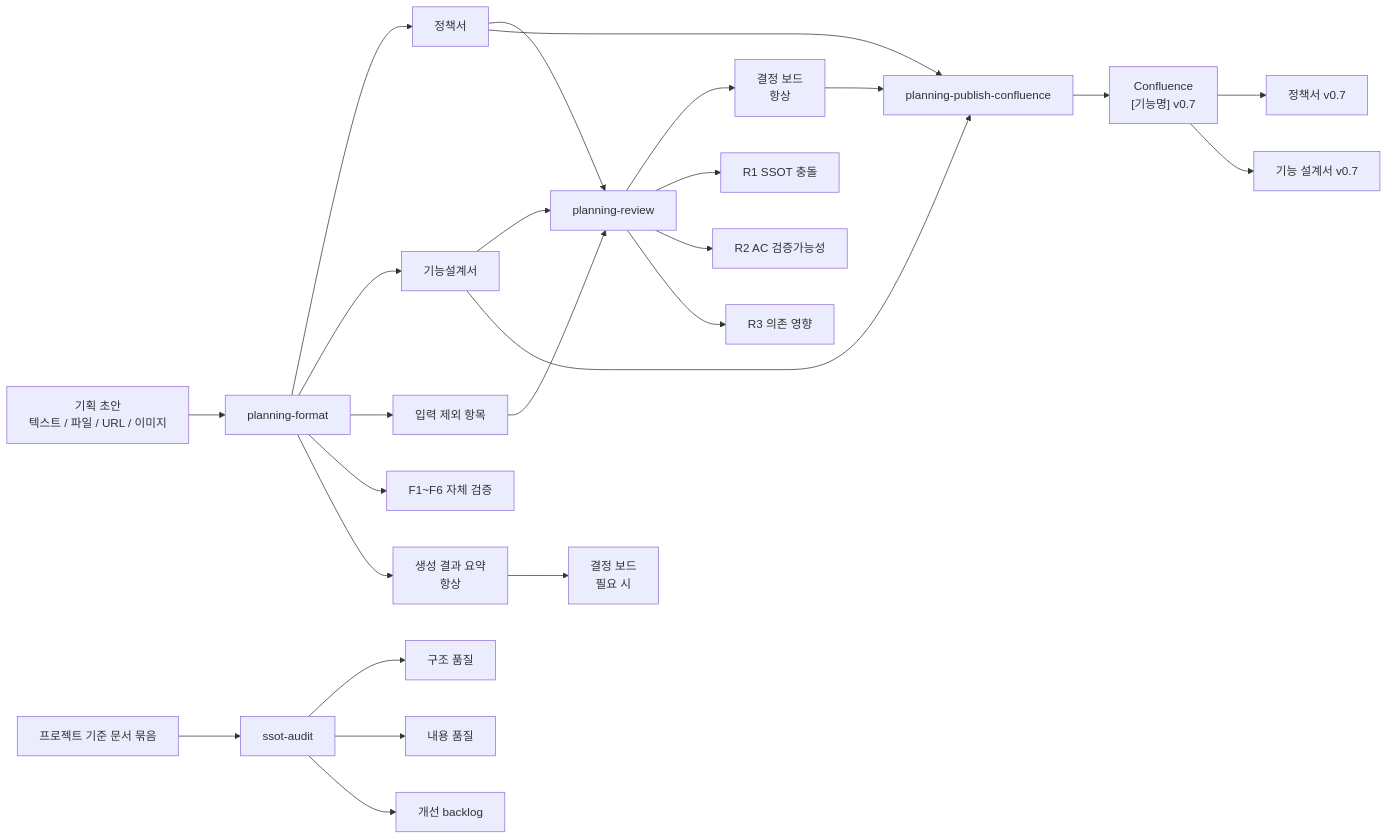
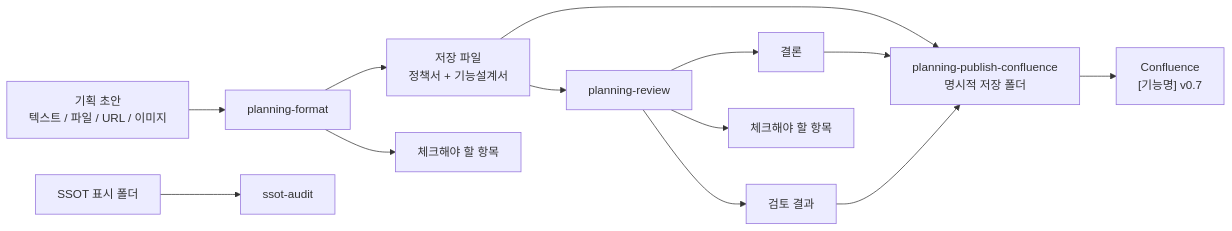
Before and after one commit to inkwonjung-colosseum/plugins: the first of 4 diagrams in planning-kit/docs/planning-kit-workflow-guide.md, drawn with Mermaid. The commit also changed other lines of this file and 83 other files, not shown here.

````diff
--- a/planning-kit/docs/planning-kit-workflow-guide.md
+++ b/planning-kit/docs/planning-kit-workflow-guide.md
@@ -20,31 +14,15 @@
 ```mermaid
 flowchart LR
   A["기획 초안<br/>텍스트 / 파일 / URL / 이미지"] --> B["planning-format"]
-  B --> C["정책서"]
-  B --> D["기능설계서"]
-  B --> E["입력 제외 항목"]
-  B --> F["F1~F6 자체 검증"]
-  B --> RS["생성 결과 요약<br/>항상"]
-  RS --> DB["결정 보드<br/>필요 시"]
-
-  C --> G["planning-review"]
-  D --> G
-  E --> G
-
-  G --> H["결정 보드<br/>항상"]
-  G --> R["R1 SSOT 충돌"]
-  G --> I["R2 AC 검증가능성"]
-  G --> J["R3 의존 영향"]
-
-  H --> P["planning-publish-confluence"]
-  C --> P
-  D --> P
+  B --> C["저장 파일<br/>정책서 + 기능설계서"]
+  B --> D["체크해야 할 항목"]
+  C --> E["planning-review"]
+  E --> F["결론"]
+  E --> G["검토 결과"]
+  E --> H["체크해야 할 항목"]
+  C --> P["planning-publish-confluence<br/>명시적 저장 폴더"]
+  F --> P
+  G --> P
   P --> Q["Confluence<br/>[기능명] v0.7"]
-  Q --> Q1["정책서 v0.7"]
-  Q --> Q2["기능 설계서 v0.7"]
-
-  K["프로젝트 기준 문서 묶음"] --> L["ssot-audit"]
-  L --> M["구조 품질"]
-  L --> N["내용 품질"]
-  L --> O["개선 backlog"]
+  R["SSOT 표시 폴더"] --> S["ssot-audit"]
 ```
````
